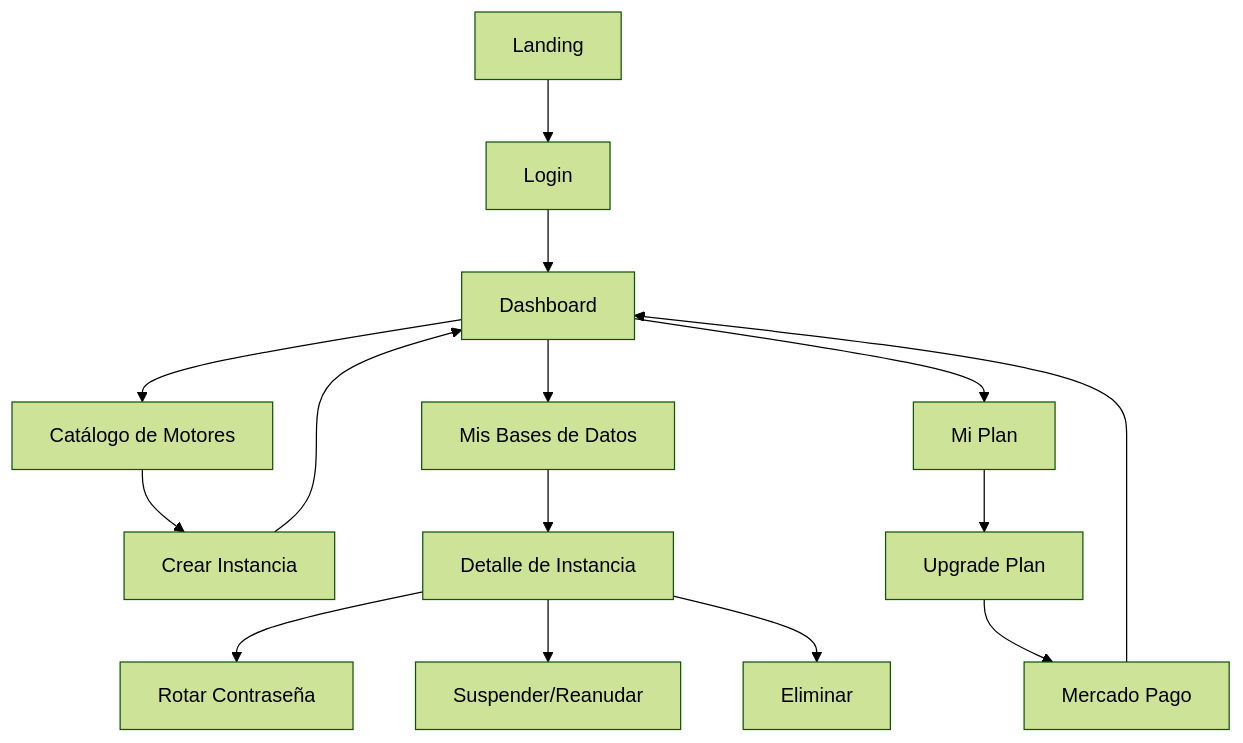
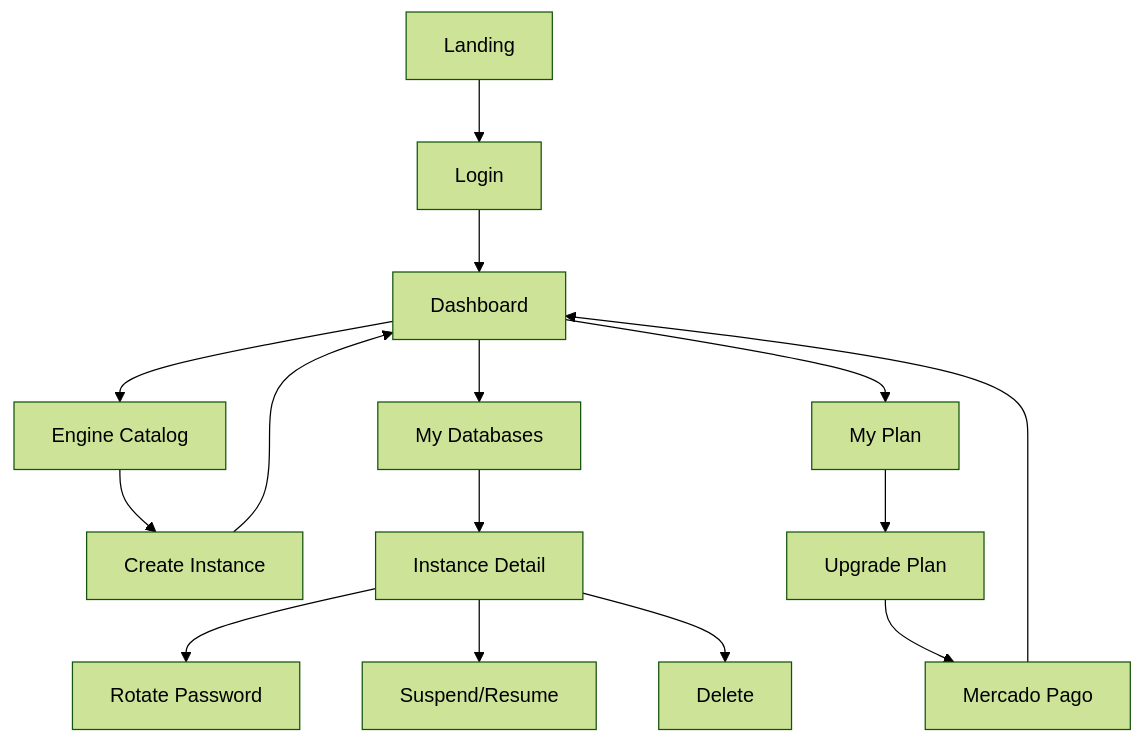
One commit to Team-Cold-Brew/CrudCloud-Documentation-ColdBrew changed the diagram in CrudCloud-Documentation/docs/frontend/intro.md. Above: the diagram before and after it, drawn with Mermaid (forest theme). The commit also changed other lines of this file and 19 other files, not shown here.

````diff
--- a/CrudCloud-Documentation/docs/frontend/intro.md
+++ b/CrudCloud-Documentation/docs/frontend/intro.md
@@ -108,17 +108,17 @@
 ```mermaid
 graph TD
     A[Landing] --> B[Login]
     B --> C[Dashboard]
-    C --> D[Catálogo de Motores]
-    C --> E[Mis Bases de Datos]
-    C --> F[Mi Plan]
-    D --> G[Crear Instancia]
+    C --> D[Engine Catalog]
+    C --> E[My Databases]
+    C --> F[My Plan]
+    D --> G[Create Instance]
     G --> C
-    E --> H[Detalle de Instancia]
-    H --> I[Rotar Contraseña]
-    H --> J[Suspender/Reanudar]
-    H --> K[Eliminar]
+    E --> H[Instance Detail]
+    H --> I[Rotate Password]
+    H --> J[Suspend/Resume]
+    H --> K[Delete]
     F --> L[Upgrade Plan]
     L --> M[Mercado Pago]
     M --> C
 ```
````
